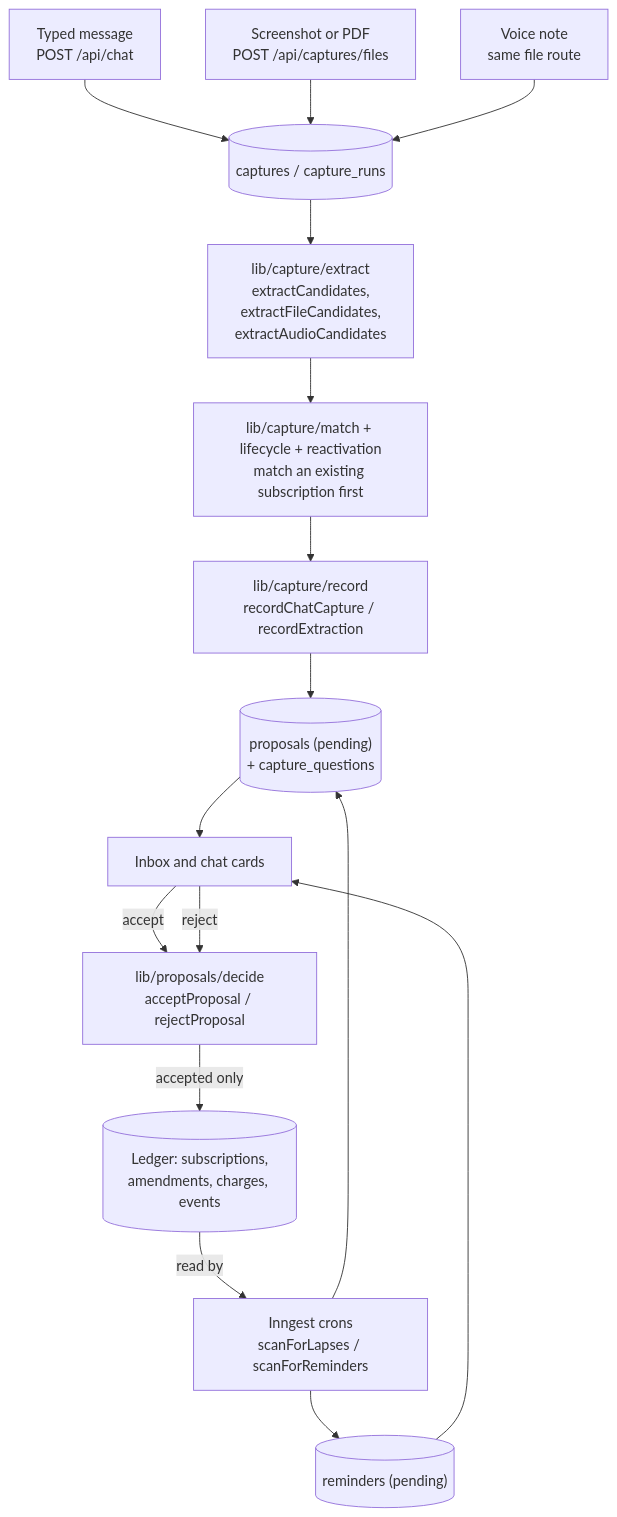
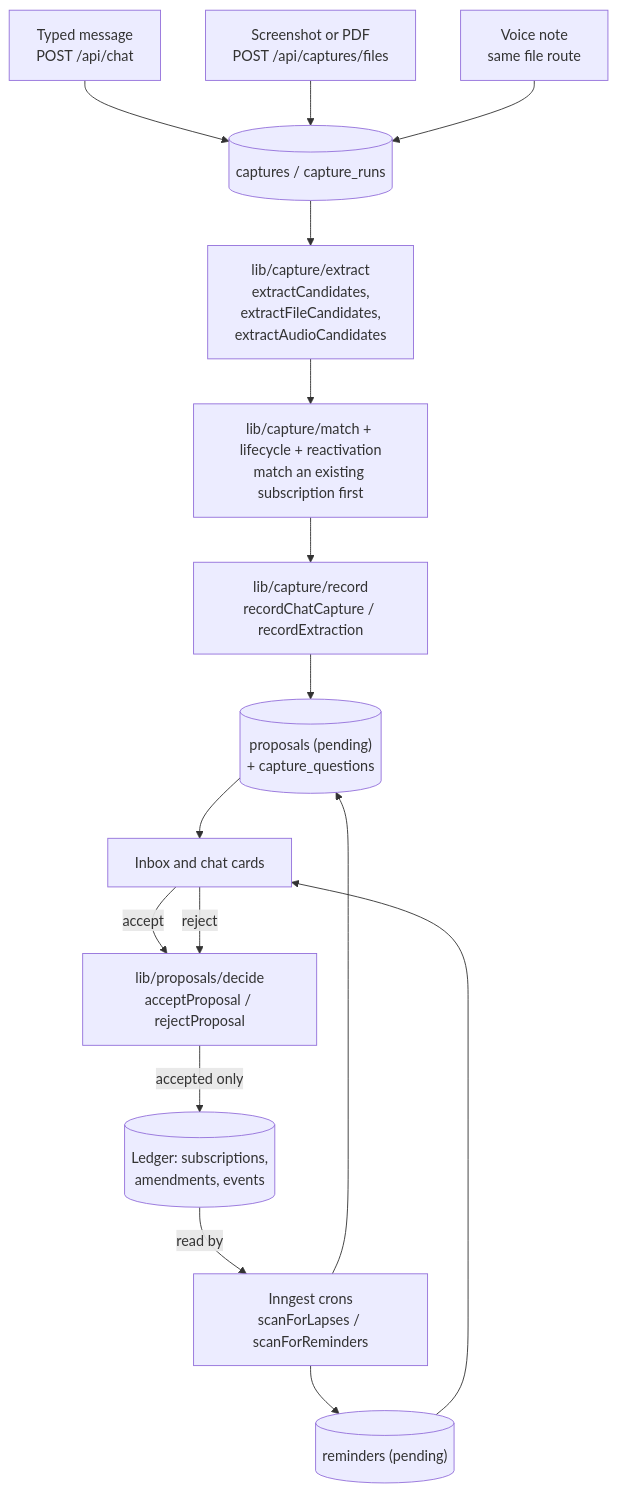
The second of 4 diagrams in docs/architecture.md (bhaveshbusa/subscription-records), drawn with Mermaid before and after one commit. The commit also changed other lines of this file and 21 other files, not shown here.

````diff
--- a/docs/architecture.md
+++ b/docs/architecture.md
@@ -68,34 +67,34 @@
 ```mermaid
 flowchart TD
   msg["Typed message<br/>POST /api/chat"]
   file["Screenshot or PDF<br/>POST /api/captures/files"]
   voice["Voice note<br/>same file route"]
 
   captures[("captures / capture_runs")]
   extract["lib/capture/extract<br/>extractCandidates,<br/>extractFileCandidates,<br/>extractAudioCandidates"]
   match["lib/capture/match + lifecycle + reactivation<br/>match an existing subscription first"]
   record["lib/capture/record<br/>recordChatCapture / recordExtraction"]
   proposals[("proposals (pending)<br/>+ capture_questions")]
   inbox["Inbox and chat cards"]
   decide["lib/proposals/decide<br/>acceptProposal / rejectProposal"]
-  ledger[("Ledger: subscriptions,<br/>amendments, charges, events")]
+  ledger[("Ledger: subscriptions,<br/>amendments, events")]
 
   scan["Inngest crons<br/>scanForLapses / scanForReminders"]
   reminders[("reminders (pending)")]
 
   msg --> captures
   file --> captures
   voice --> captures
   captures --> extract
   extract --> match
   match --> record
   record --> proposals
   proposals --> inbox
   inbox -- accept --> decide
   inbox -- reject --> decide
   decide -- "accepted only" --> ledger
   scan --> proposals
   scan --> reminders
   reminders --> inbox
   ledger -- "read by" --> scan
 ```
````
